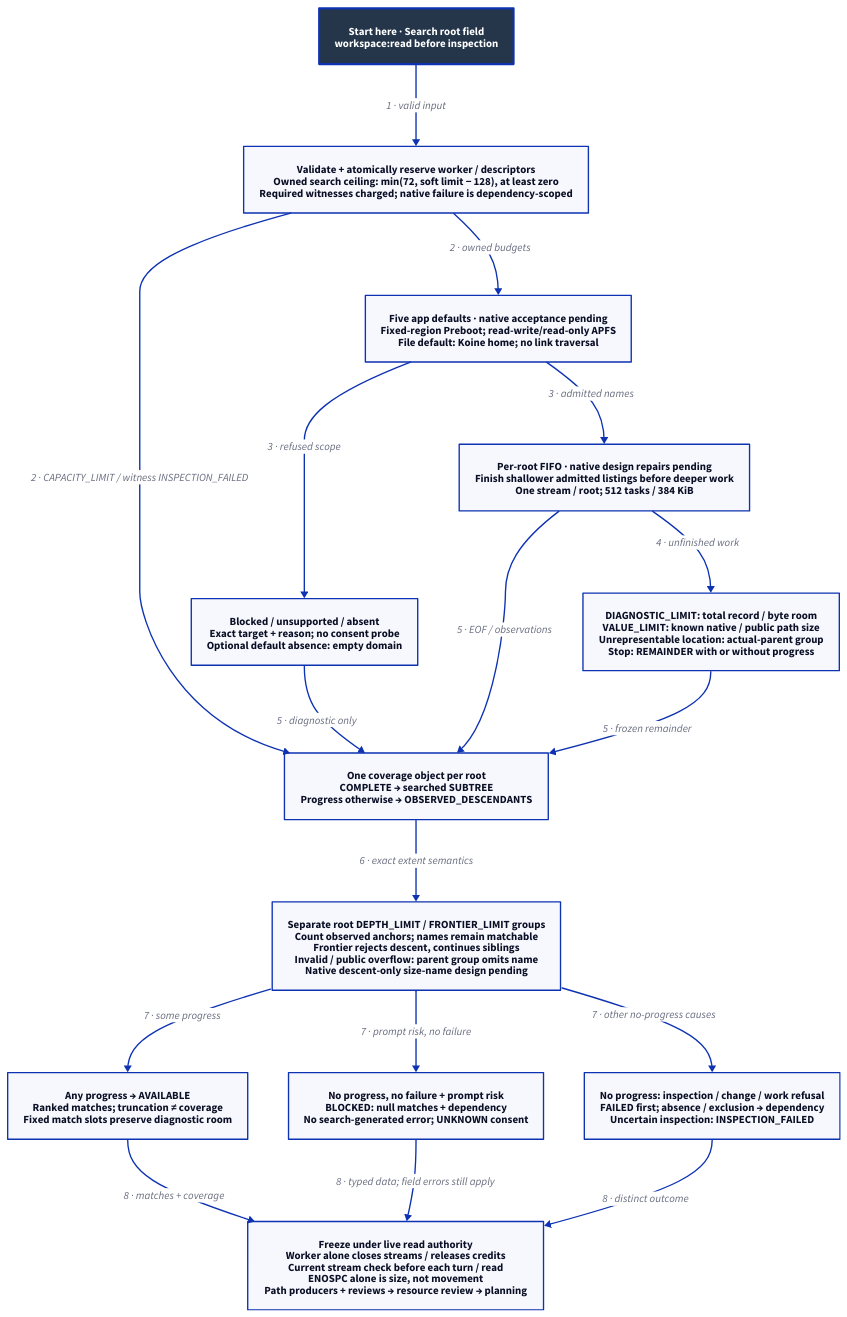
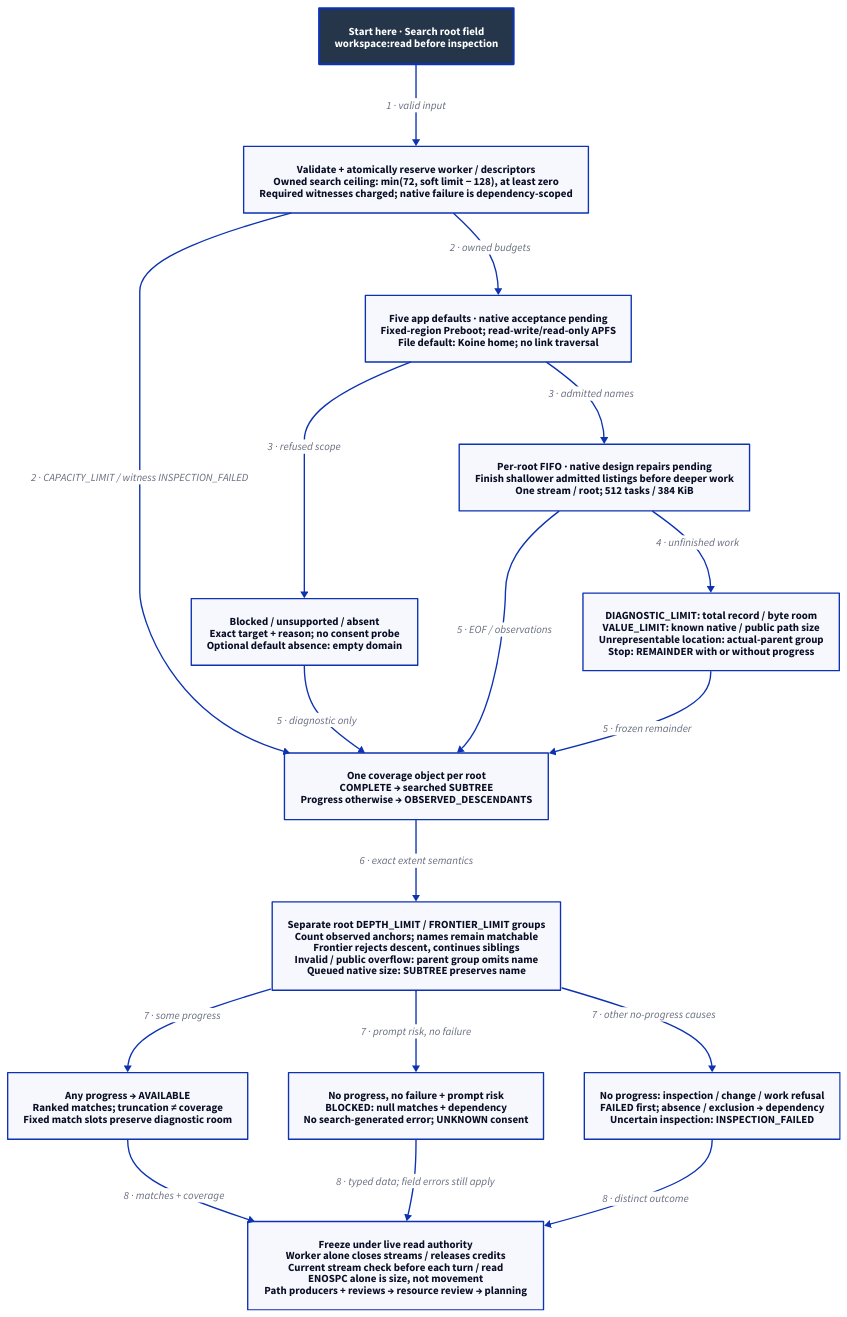
Before and after one commit to Linkuistics/Koine: the diagram in docs/design/architecture/search-coverage.d2, drawn with D2. The commit also changed 30 other files, not shown here.

```diff
--- a/docs/design/architecture/search-coverage.d2
+++ b/docs/design/architecture/search-coverage.d2
@@ -1,33 +1,33 @@
 # Designed flow; arrows show order/guards, not checked temporal guarantees.
 direction: down
 classes: {
   start: {style: {fill: "#25364B"; font-color: "#FFFFFF"; bold: true; stroke-width: 3}}
 }
 Start: "Start here · Search root field\nworkspace:read before inspection" {class: start}
 Reserve: "Validate + atomically reserve worker / descriptors\nOwned search ceiling: min(72, soft limit − 128), at least zero\nRequired witnesses charged; native failure is dependency-scoped"
 Admission: "Five app defaults · native acceptance pending\nFixed-region Preboot; read-write/read-only APFS\nFile default: Koine home; no link traversal"
 Skip: "Blocked / unsupported / absent\nExact target + reason; no consent probe\nOptional default absence: empty domain"
 Scan: "Per-root FIFO · native design repairs pending\nFinish shallower admitted listings before deeper work\nOne stream / root; 512 tasks / 384 KiB"
 Bounds: "DIAGNOSTIC_LIMIT: total record / byte room\nVALUE_LIMIT: known native / public path size\nUnrepresentable location: actual-parent group\nStop: REMAINDER with or without progress"
 Coverage: "One coverage object per root\nCOMPLETE → searched SUBTREE\nProgress otherwise → OBSERVED_DESCENDANTS"
-Groups: "Separate root DEPTH_LIMIT / FRONTIER_LIMIT groups\nCount observed anchors; names remain matchable\nFrontier rejects descent, continues siblings\nInvalid / public overflow: parent group omits name\nNative descent-only size-name design pending"
+Groups: "Separate root DEPTH_LIMIT / FRONTIER_LIMIT groups\nCount observed anchors; names remain matchable\nFrontier rejects descent, continues siblings\nInvalid / public overflow: parent group omits name\nQueued native size: SUBTREE preserves name"
 Available: "Any progress → AVAILABLE\nRanked matches; truncation ≠ coverage\nFixed match slots preserve diagnostic room"
 Blocked: "No progress, no failure + prompt risk\nBLOCKED: null matches + dependency\nNo search-generated error; UNKNOWN consent"
 Other: "No progress: inspection / change / work refusal\nFAILED first; absence / exclusion → dependency\nUncertain inspection: INSPECTION_FAILED"
 Publish: "Freeze under live read authority\nWorker alone closes streams / releases credits\nCurrent stream check before each turn / read\nENOSPC alone is size, not movement\nPath producers + reviews → resource review → planning"
 Start -> Reserve: "1 · valid input"
 Reserve -> Admission: "2 · owned budgets"
 Reserve -> Coverage: "2 · CAPACITY_LIMIT / witness INSPECTION_FAILED"
 Admission -> Skip: "3 · refused scope"
 Admission -> Scan: "3 · admitted names"
 Scan -> Bounds: "4 · unfinished work"
 Skip -> Coverage: "5 · diagnostic only"
 Scan -> Coverage: "5 · EOF / observations"
 Bounds -> Coverage: "5 · frozen remainder"
 Coverage -> Groups: "6 · exact extent semantics"
 Groups -> Available: "7 · some progress"
 Groups -> Blocked: "7 · prompt risk, no failure"
 Groups -> Other: "7 · other no-progress causes"
 Available -> Publish: "8 · matches + coverage"
 Blocked -> Publish: "8 · typed data; field errors still apply"
 Other -> Publish: "8 · distinct outcome"
```
